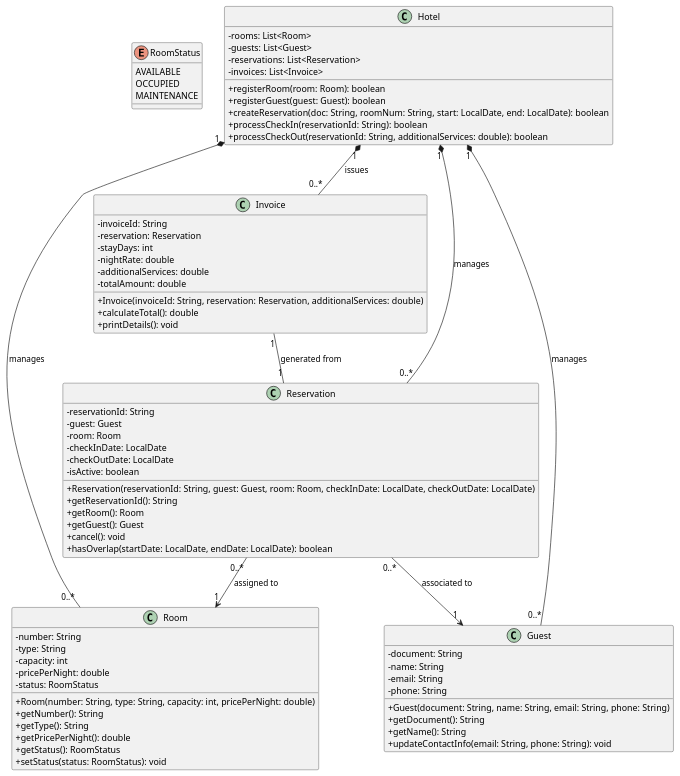
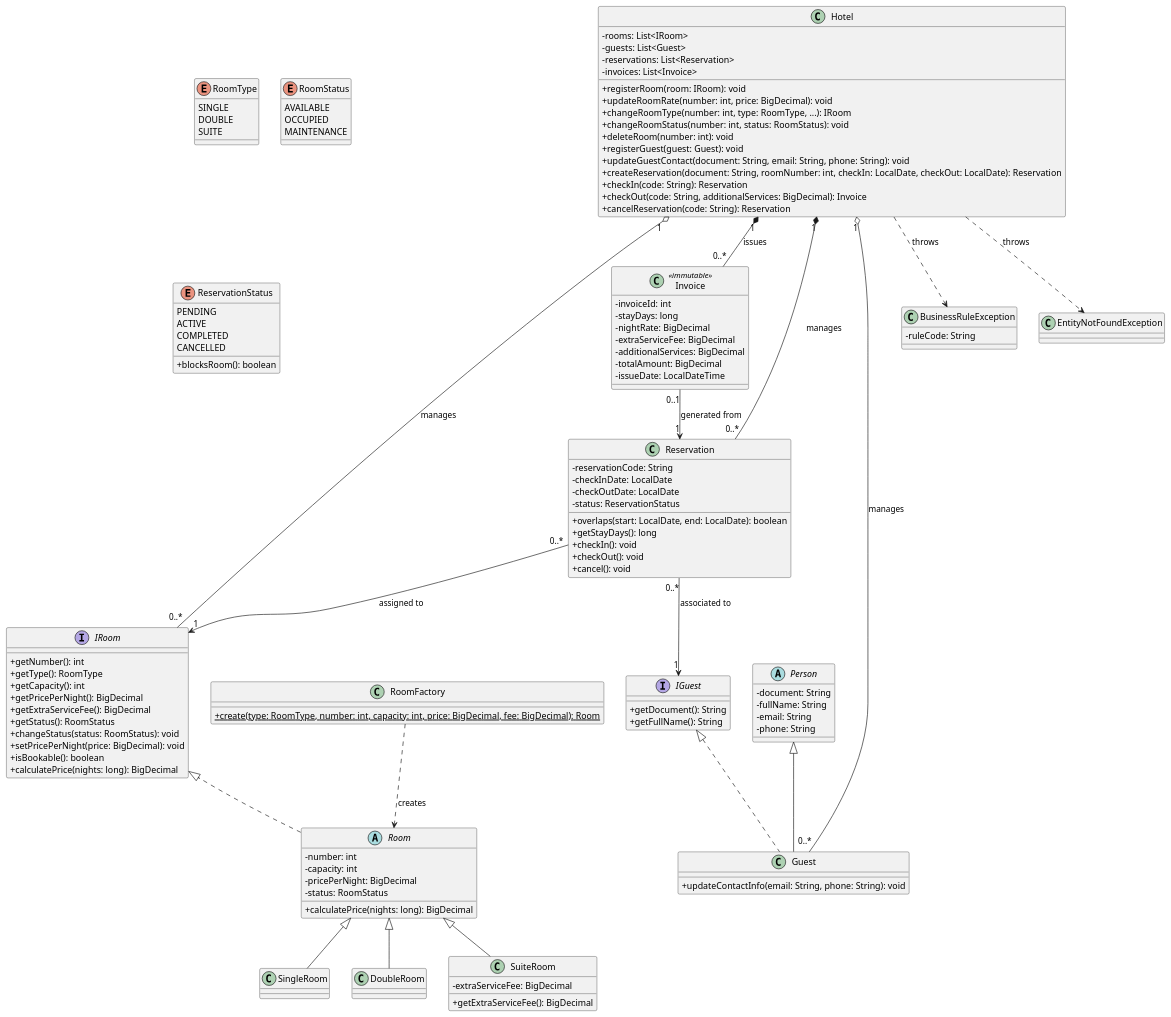
One commit to Johan117z/Proyect_system_hotel changed the second of 4 diagrams in Fase3_Diagramas_UML/UML_DIAGRAMS.md. Above: the diagram before and after it, drawn with PlantUML. The commit also changed other lines of this file, not shown here.

Commit message:
docs(uml): update diagrams to match code

````diff
--- a/Fase3_Diagramas_UML/UML_DIAGRAMS.md
+++ b/Fase3_Diagramas_UML/UML_DIAGRAMS.md
@@ -57,6 +57,12 @@
 ```plantuml
 @startuml
 skinparam classAttributeIconSize 0
+
+enum RoomType {
+    SINGLE
+    DOUBLE
+    SUITE
+}
 
 enum RoomStatus {
     AVAILABLE
@@ -64,77 +70,123 @@
     MAINTENANCE
 }
 
-class Room {
-    - number: String
-    - type: String
+enum ReservationStatus {
+    PENDING
+    ACTIVE
+    COMPLETED
+    CANCELLED
+    + blocksRoom(): boolean
+}
+
+interface IRoom {
+    + getNumber(): int
+    + getType(): RoomType
+    + getCapacity(): int
+    + getPricePerNight(): BigDecimal
+    + getExtraServiceFee(): BigDecimal
+    + getStatus(): RoomStatus
+    + changeStatus(status: RoomStatus): void
+    + setPricePerNight(price: BigDecimal): void
+    + isBookable(): boolean
+    + calculatePrice(nights: long): BigDecimal
+}
+
+abstract class Room {
+    - number: int
     - capacity: int
-    - pricePerNight: double
+    - pricePerNight: BigDecimal
     - status: RoomStatus
-    + Room(number: String, type: String, capacity: int, pricePerNight: double)
-    + getNumber(): String
-    + getType(): String
-    + getPricePerNight(): double
-    + getStatus(): RoomStatus
-    + setStatus(status: RoomStatus): void
+    + calculatePrice(nights: long): BigDecimal
+}
+
+class SingleRoom
+class DoubleRoom
+class SuiteRoom {
+    - extraServiceFee: BigDecimal
+    + getExtraServiceFee(): BigDecimal
+}
+
+class RoomFactory {
+    + {static} create(type: RoomType, number: int, capacity: int, price: BigDecimal, fee: BigDecimal): Room
+}
+
+interface IGuest {
+    + getDocument(): String
+    + getFullName(): String
+}
+
+abstract class Person {
+    - document: String
+    - fullName: String
+    - email: String
+    - phone: String
 }
 
 class Guest {
-    - document: String
-    - name: String
-    - email: String
-    - phone: String
-    + Guest(document: String, name: String, email: String, phone: String)
-    + getDocument(): String
-    + getName(): String
     + updateContactInfo(email: String, phone: String): void
 }
 
 class Reservation {
-    - reservationId: String
-    - guest: Guest
-    - room: Room
+    - reservationCode: String
     - checkInDate: LocalDate
     - checkOutDate: LocalDate
-    - isActive: boolean
-    + Reservation(reservationId: String, guest: Guest, room: Room, checkInDate: LocalDate, checkOutDate: LocalDate)
-    + getReservationId(): String
-    + getRoom(): Room
-    + getGuest(): Guest
+    - status: ReservationStatus
+    + overlaps(start: LocalDate, end: LocalDate): boolean
+    + getStayDays(): long
+    + checkIn(): void
+    + checkOut(): void
     + cancel(): void
-    + hasOverlap(startDate: LocalDate, endDate: LocalDate): boolean
 }
 
-class Invoice {
-    - invoiceId: String
-    - reservation: Reservation
-    - stayDays: int
-    - nightRate: double
-    - additionalServices: double
-    - totalAmount: double
-    + Invoice(invoiceId: String, reservation: Reservation, additionalServices: double)
-    + calculateTotal(): double
-    + printDetails(): void
+class Invoice <<immutable>> {
+    - invoiceId: int
+    - stayDays: long
+    - nightRate: BigDecimal
+    - extraServiceFee: BigDecimal
+    - additionalServices: BigDecimal
+    - totalAmount: BigDecimal
+    - issueDate: LocalDateTime
 }
 
 class Hotel {
-    - rooms: List<Room>
+    - rooms: List<IRoom>
     - guests: List<Guest>
     - reservations: List<Reservation>
     - invoices: List<Invoice>
-    + registerRoom(room: Room): boolean
-    + registerGuest(guest: Guest): boolean
-    + createReservation(doc: String, roomNum: String, start: LocalDate, end: LocalDate): boolean
-    + processCheckIn(reservationId: String): boolean
-    + processCheckOut(reservationId: String, additionalServices: double): boolean
+    + registerRoom(room: IRoom): void
+    + updateRoomRate(number: int, price: BigDecimal): void
+    + changeRoomType(number: int, type: RoomType, ...): IRoom
+    + changeRoomStatus(number: int, status: RoomStatus): void
+    + deleteRoom(number: int): void
+    + registerGuest(guest: Guest): void
+    + updateGuestContact(document: String, email: String, phone: String): void
+    + createReservation(document: String, roomNumber: int, checkIn: LocalDate, checkOut: LocalDate): Reservation
+    + checkIn(code: String): Reservation
+    + checkOut(code: String, additionalServices: BigDecimal): Invoice
+    + cancelReservation(code: String): Reservation
 }
 
-Hotel "1" *-- "0..*" Room : manages
-Hotel "1" *-- "0..*" Guest : manages
+class BusinessRuleException {
+    - ruleCode: String
+}
+class EntityNotFoundException
+
+IRoom <|.. Room
+Room <|-- SingleRoom
+Room <|-- DoubleRoom
+Room <|-- SuiteRoom
+RoomFactory ..> Room : creates
+IGuest <|.. Guest
+Person <|-- Guest
+
+Hotel "1" o-- "0..*" IRoom : manages
+Hotel "1" o-- "0..*" Guest : manages
 Hotel "1" *-- "0..*" Reservation : manages
 Hotel "1" *-- "0..*" Invoice : issues
-
-Reservation "0..*" --> "1" Guest : associated to
-Reservation "0..*" --> "1" Room : assigned to
-Invoice "1" -- "1" Reservation : generated from
+Reservation "0..*" --> "1" IGuest : associated to
+Reservation "0..*" --> "1" IRoom : assigned to
+Invoice "0..1" --> "1" Reservation : generated from
+Hotel ..> BusinessRuleException : throws
+Hotel ..> EntityNotFoundException : throws
 @enduml
 ```
````
